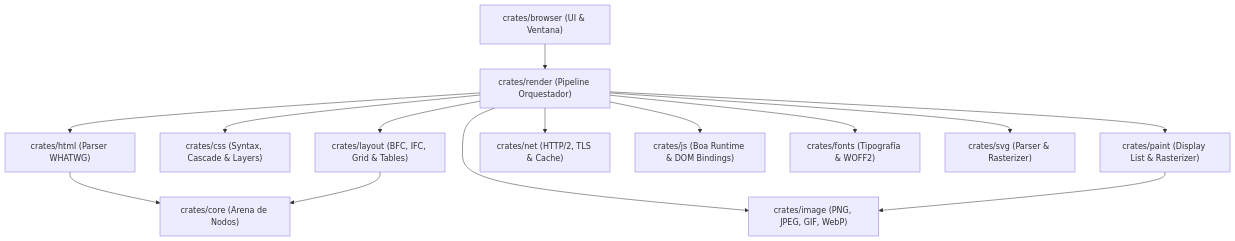
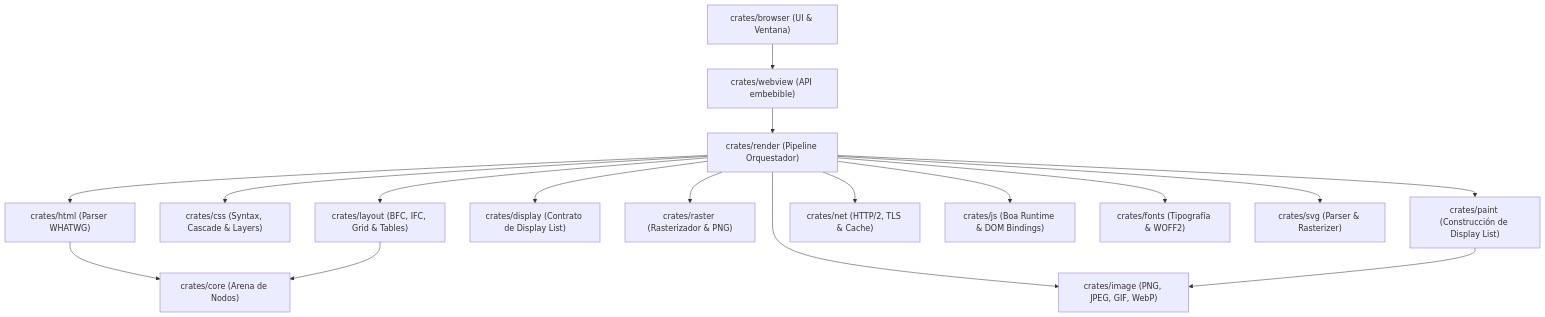
Before and after one commit to juanpimg/Megi: the diagram in README.md, drawn with Mermaid. The commit also changed other lines of this file and 12 other files, not shown here.

Commit message:
docs: align all documentation with modular architecture rules

````diff
--- a/README.md
+++ b/README.md
@@ -114,17 +114,21 @@
 ```mermaid
 graph TD
-    shell["crates/browser (UI & Ventana)"] --> render["crates/render (Pipeline Orquestador)"]
+    render["crates/render (Pipeline Orquestador)"]
     render --> html["crates/html (Parser WHATWG)"]
     render --> css["crates/css (Syntax, Cascade & Layers)"]
     render --> layout["crates/layout (BFC, IFC, Grid & Tables)"]
-    render --> paint["crates/paint (Display List & Rasterizer)"]
+    render --> display["crates/display (Contrato de Display List)"]
+    render --> raster["crates/raster (Rasterizador & PNG)"]
+    render --> paint["crates/paint (Construcción de Display List)"]
     render --> net["crates/net (HTTP/2, TLS & Cache)"]
     render --> js["crates/js (Boa Runtime & DOM Bindings)"]
     render --> fonts["crates/fonts (Tipografía & WOFF2)"]
     render --> image["crates/image (PNG, JPEG, GIF, WebP)"]
     render --> svg["crates/svg (Parser & Rasterizer)"]
     
+    webview["crates/webview (API embebible)"] --> render
+    browser["crates/browser (UI & Ventana)"] --> webview
     html --> dom["crates/core (Arena de Nodos)"]
     layout --> dom
     paint --> image
 ```
````
